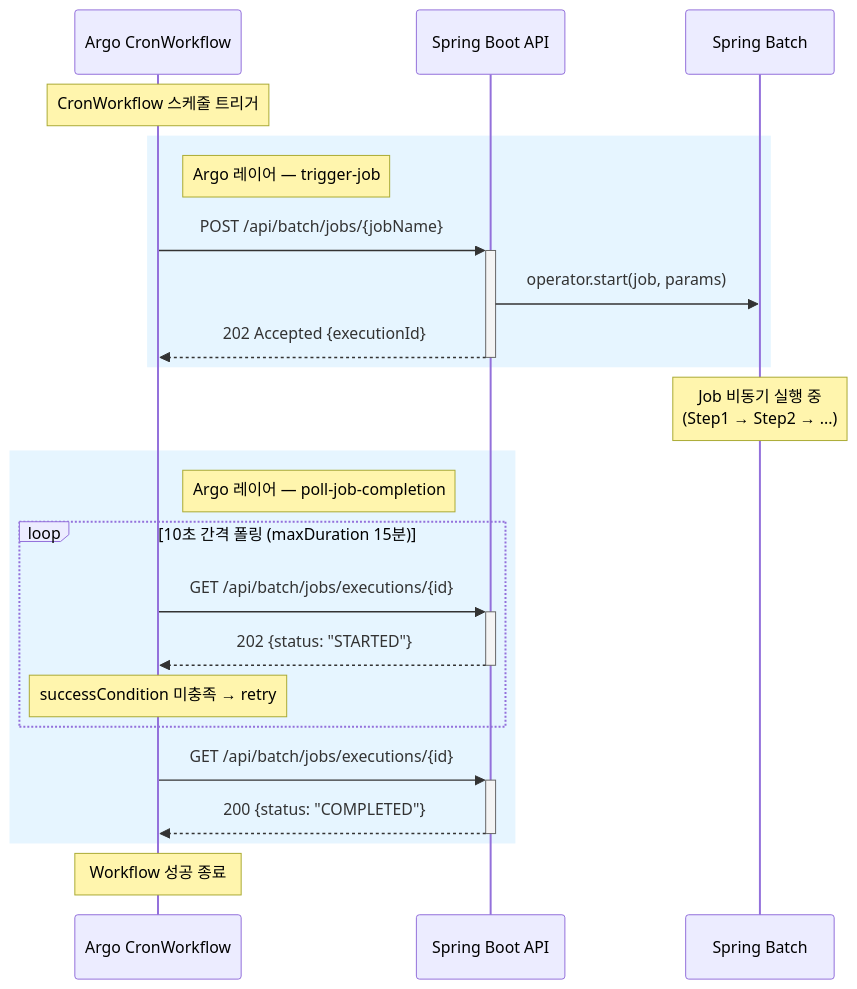
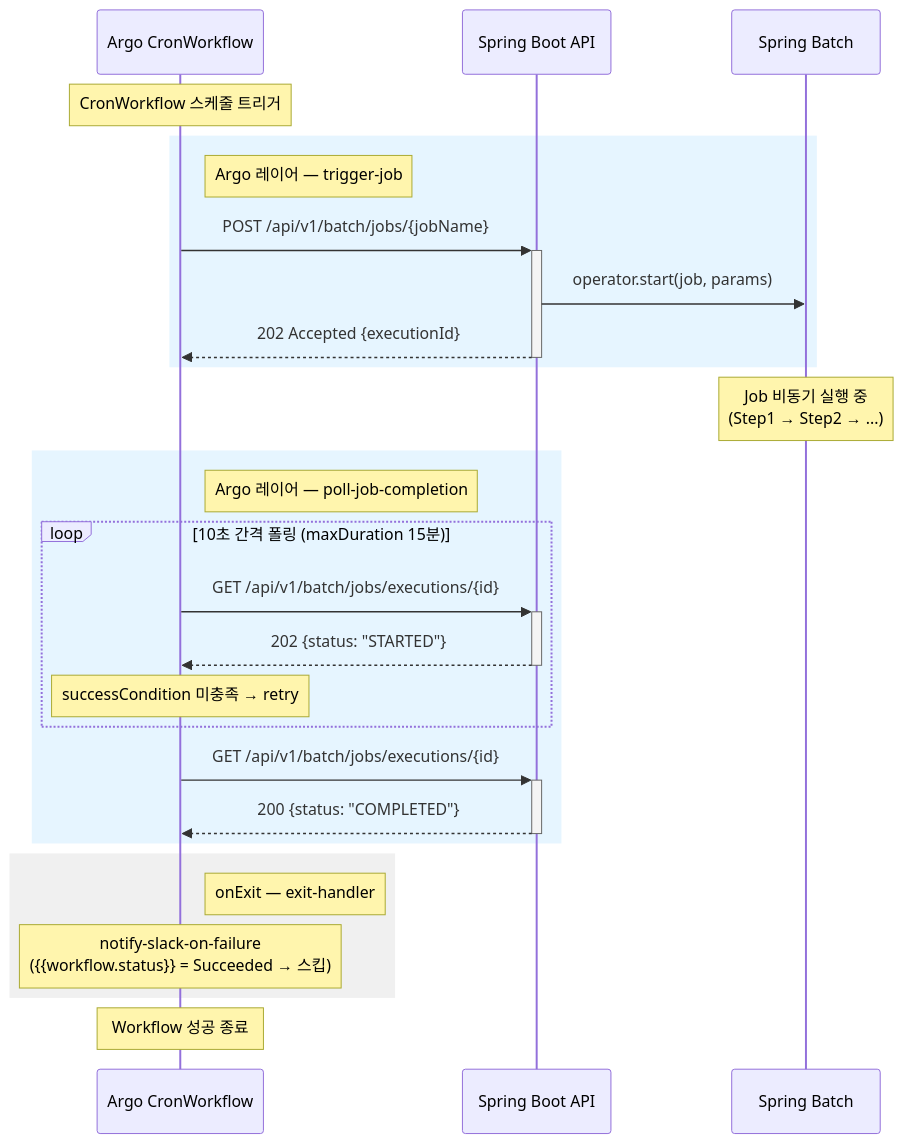
One commit to sanggi-wjg/kotlin-spring-boot-demos changed the first of 5 diagrams in spring-batch-argo-workflows/docs/architecture.md. Above: the diagram before and after it, drawn with Mermaid. The commit also changed other lines of this file and 6 other files, not shown here.

Commit message:
Update batch workflow templates and API paths, add Slack notification on failure, and enhance polling logic

````diff
--- a/spring-batch-argo-workflows/docs/architecture.md
+++ b/spring-batch-argo-workflows/docs/architecture.md
@@ -99,29 +110,34 @@
 ```mermaid
 sequenceDiagram
     participant Argo as Argo CronWorkflow
     participant API as Spring Boot API
     participant Batch as Spring Batch
     Note over Argo: CronWorkflow 스케줄 트리거
 
     rect rgb(230, 245, 255)
         Note right of Argo: Argo 레이어 — trigger-job
-        Argo ->>+ API: POST /api/batch/jobs/{jobName}
+        Argo ->>+ API: POST /api/v1/batch/jobs/{jobName}
         API ->> Batch: operator.start(job, params)
         API -->>- Argo: 202 Accepted {executionId}
     end
 
     Note over Batch: Job 비동기 실행 중<br/>(Step1 → Step2 → ...)
 
     rect rgb(230, 245, 255)
         Note right of Argo: Argo 레이어 — poll-job-completion
         loop 10초 간격 폴링 (maxDuration 15분)
-            Argo ->>+ API: GET /api/batch/jobs/executions/{id}
+            Argo ->>+ API: GET /api/v1/batch/jobs/executions/{id}
             API -->>- Argo: 202 {status: "STARTED"}
             Note over Argo: successCondition 미충족 → retry
         end
-        Argo ->>+ API: GET /api/batch/jobs/executions/{id}
+        Argo ->>+ API: GET /api/v1/batch/jobs/executions/{id}
         API -->>- Argo: 200 {status: "COMPLETED"}
+    end
+
+    rect rgb(240, 240, 240)
+        Note right of Argo: onExit — exit-handler
+        Note over Argo: notify-slack-on-failure<br/>({{workflow.status}} = Succeeded → 스킵)
     end
 
     Note over Argo: Workflow 성공 종료
 ```
````
